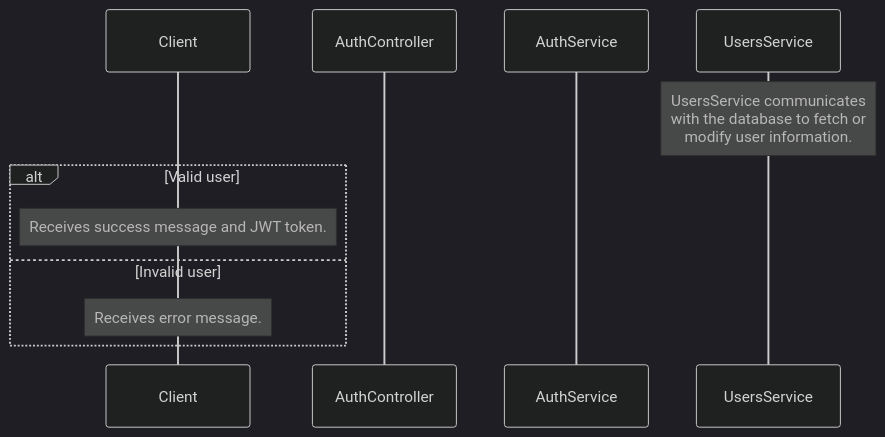
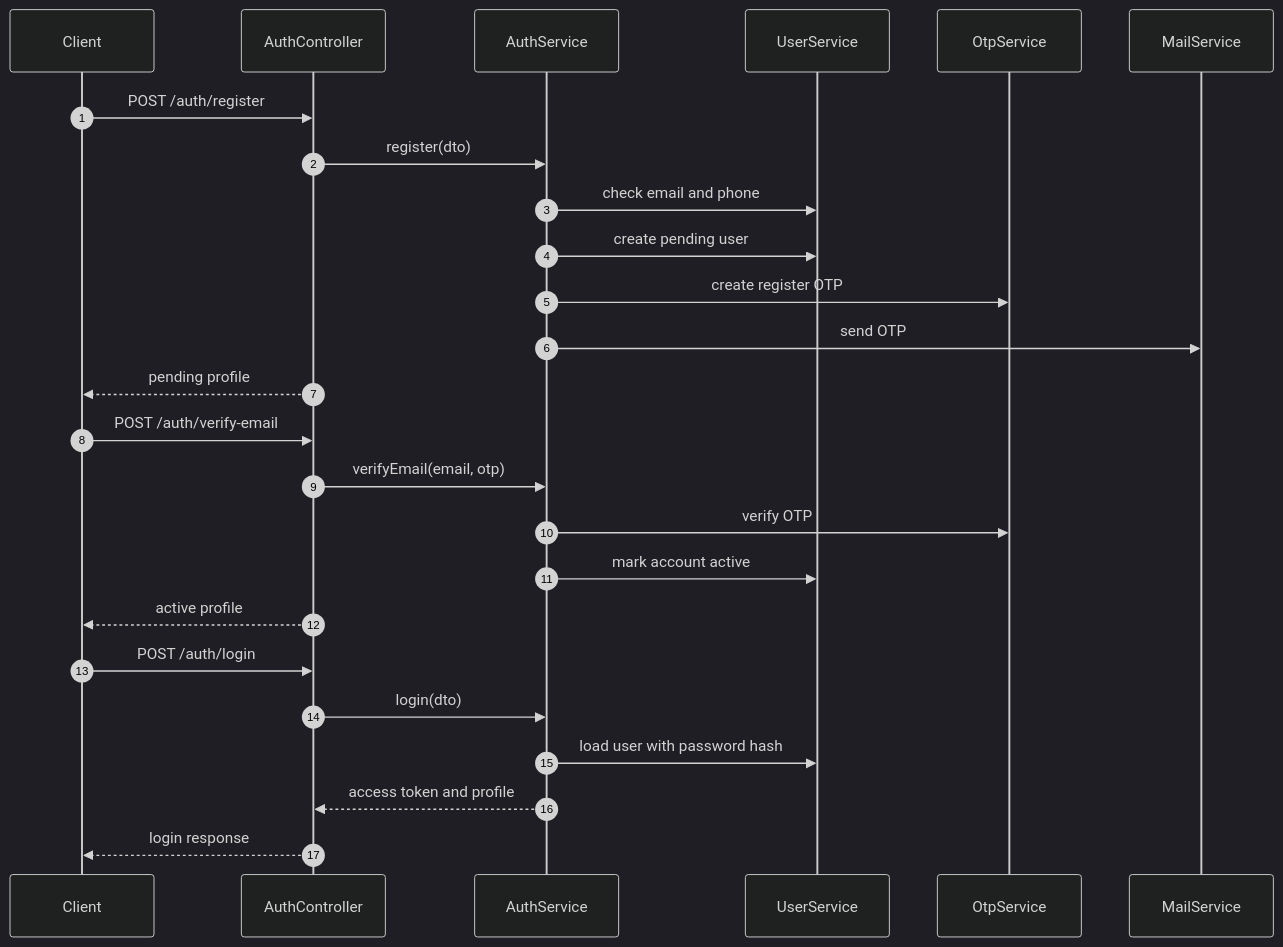
One commit to DangXuanThong/aura-spa-be changed the diagram in documentation/auth.md. Above: the diagram before and after it, drawn with Mermaid (dark theme). The commit also changed other lines of this file and 7 other files, not shown here.

````diff
--- a/documentation/auth.md
+++ b/documentation/auth.md
@@ -5,32 +144,30 @@
 ```mermaid
-
 sequenceDiagram
   autonumber
-  participant C as Client #1
-  participant AC as AuthController #2
-  participant AS as AuthService #3
-  participant US as UsersService #4
+  participant C as Client
+  participant AC as AuthController
+  participant AS as AuthService
+  participant US as UserService
+  participant OTP as OtpService
+  participant Mail as MailService
 
-  #1: Client - The user/client who sends the request to the server for login or register.
-  #2: AuthController - The controller that handles the incoming requests from the client, performs necessary validations and calls the AuthService to perform the login or register operation.
-  #3: AuthService - The service layer that processes the login or register request and performs necessary business logic such as authentication, generating JWT token, and validating user information using the UsersService.
-  #4: UsersService - The service layer that communicates with the database and fetches or modifies user information.
+  C->>AC: POST /auth/register
+  AC->>AS: register(dto)
+  AS->>US: check email and phone
+  AS->>US: create pending user
+  AS->>OTP: create register OTP
+  AS->>Mail: send OTP
+  AC-->>C: pending profile
 
-  #1: C->>+AC: Sends login or register request to AuthController.
-  #2: AC->>+AS: Calls login or register function of AuthService.
-  #3: AS->>+US: Calls UsersService function to fetch or modify user information.
-  Note over US: UsersService communicates<br>with the database to fetch or<br>modify user information.
+  C->>AC: POST /auth/verify-email
+  AC->>AS: verifyEmail(email, otp)
+  AS->>OTP: verify OTP
+  AS->>US: mark account active
+  AC-->>C: active profile
 
-  alt Valid user
-    #4: US-->>-AS: Returns user information.
-    #3: AS-->>-AC: Returns success message and JWT token.
-    #2: AC-->>-C: Returns success message and JWT token.
-    Note over C: Receives success message and JWT token.
-  else Invalid user
-    #4: US-->>-AS: Returns null.
-    #3: AS-->>-AC: Returns error message.
-    #2: AC-->>-C: Returns error message.
-    Note over C: Receives error message.
-  end
-
+  C->>AC: POST /auth/login
+  AC->>AS: login(dto)
+  AS->>US: load user with password hash
+  AS-->>AC: access token and profile
+  AC-->>C: login response
 ```
````
